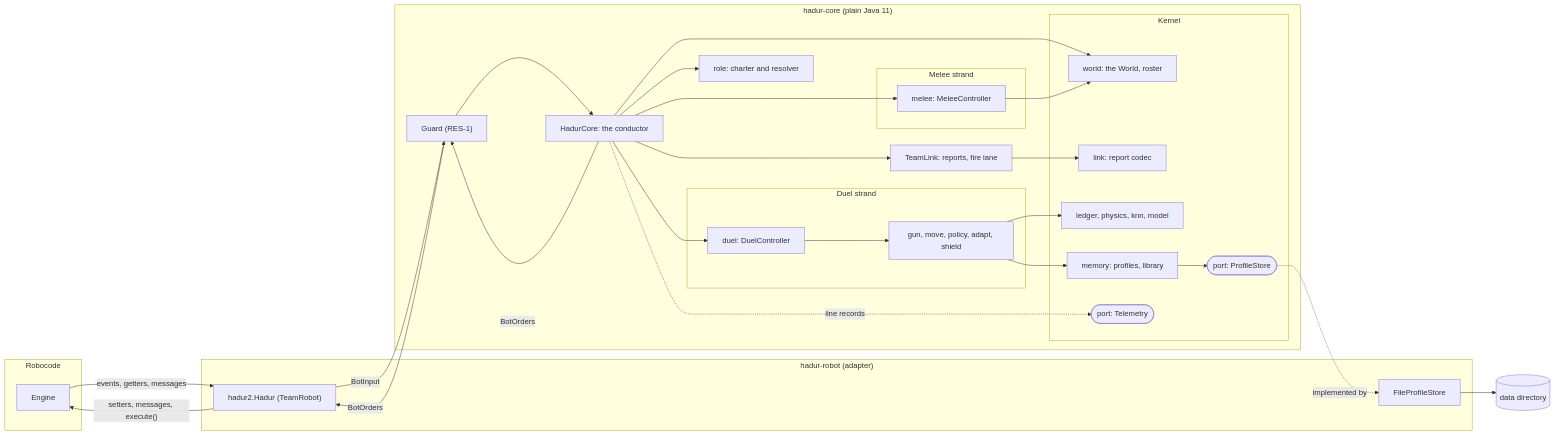
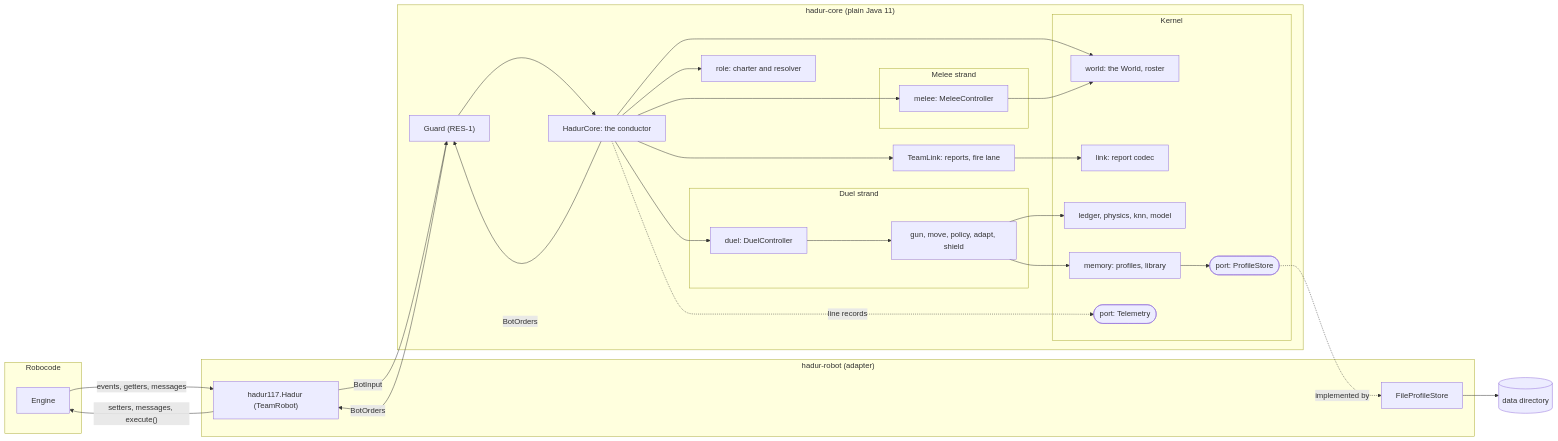
The first of 4 diagrams in README.md (lgriffin/Hadur_Robot), drawn with Mermaid before and after one commit. The commit also changed other lines of this file and 9 other files, not shown here.

First line of the commit message:
Docs: refresh architecture and testing, add a docs map, archive what is done

````diff
--- a/README.md
+++ b/README.md
@@ -184,45 +184,45 @@
 ```mermaid
 graph LR
     subgraph Robocode
         E[Engine]
     end
     subgraph "hadur-robot (adapter)"
-        A["hadur2.Hadur (TeamRobot)"]
+        A["hadur117.Hadur (TeamRobot)"]
         FS["FileProfileStore"]
     end
     subgraph "hadur-core (plain Java 11)"
         G["Guard (RES-1)"]
         C["HadurCore: the conductor"]
         R["role: charter and resolver"]
         TL["TeamLink: reports, fire lane"]
         subgraph "Duel strand"
             DU["duel: DuelController"]
             DS["gun, move, policy, adapt, shield"]
         end
         subgraph "Melee strand"
             ML["melee: MeleeController"]
         end
         subgraph Kernel
             W["world: the World, roster"]
             LK["link: report codec"]
             L["ledger, physics, knn, model"]
             MEM["memory: profiles, library"]
             PS(["port: ProfileStore"])
             T(["port: Telemetry"])
         end
     end
     D[("data directory")]
     E -- "events, getters, messages" --> A
     A -- BotInput --> G --> C
     C --> R
     C --> TL --> LK
     C --> W
     C --> DU --> DS
     C --> ML --> W
     DS --> L & MEM
     MEM --> PS
     C -- BotOrders --> G -- BotOrders --> A
     A -- "setters, messages, execute()" --> E
     PS -. implemented by .-> FS --> D
     C -. "line records" .-> T
 ```
````
